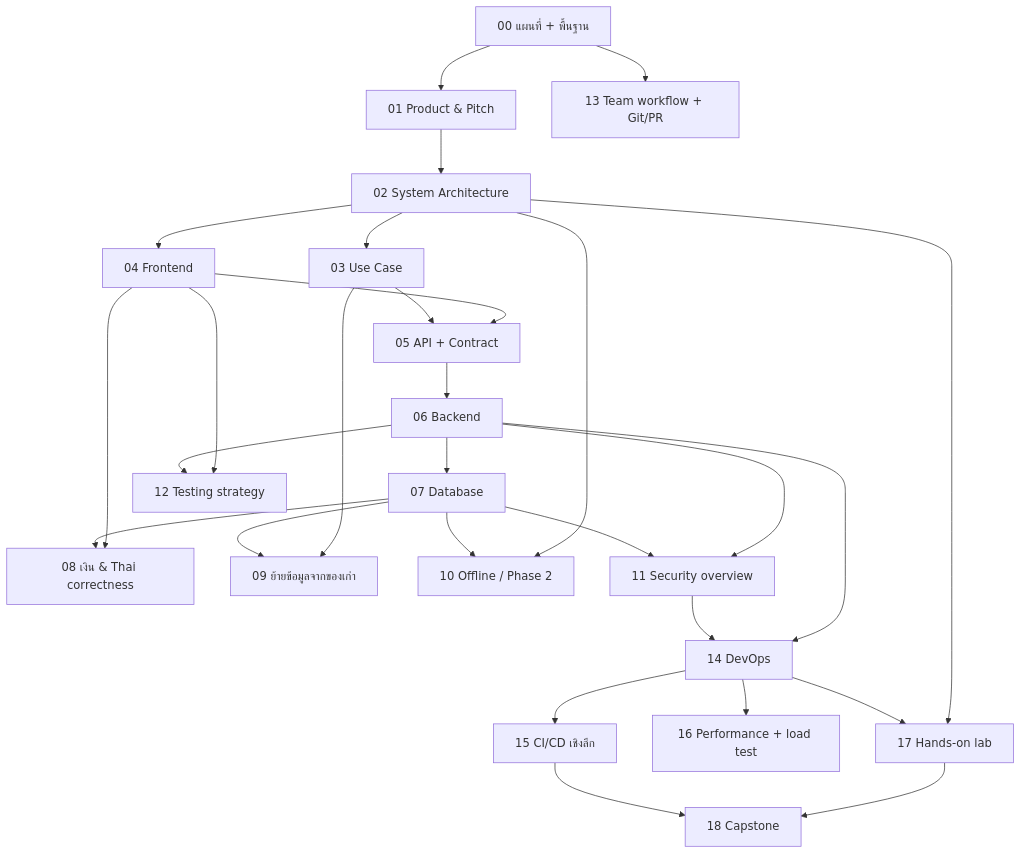
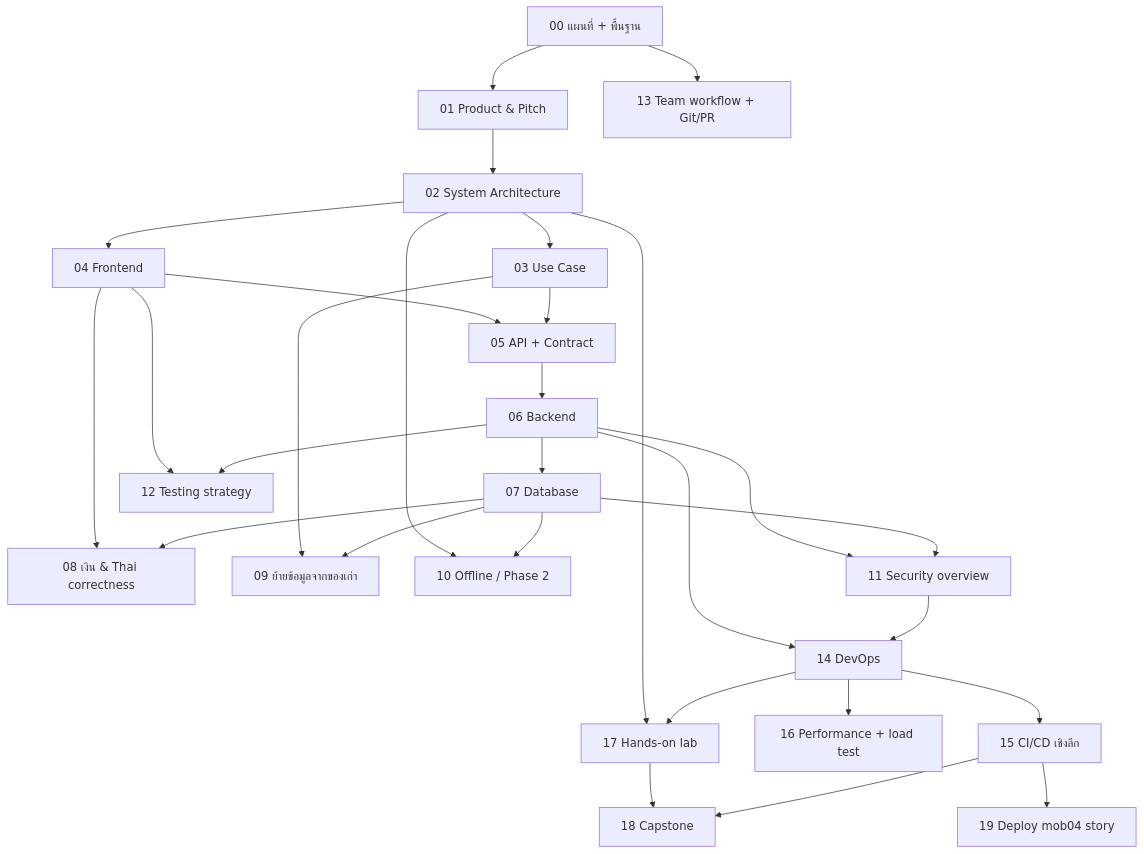
Before and after one commit to NuimanLP/srisurart-pos-flutter: the diagram in docs/study/00_index.md, drawn with Mermaid. The commit also changed other lines of this file and 1 other file, not shown here.

First line of the commit message:
docs(study): บท 19 — เรื่องเล่าการ deploy ขึ้น mob04 ทุกกระบวนท่า (#524)

````diff
--- a/docs/study/00_index.md
+++ b/docs/study/00_index.md
@@ -106,30 +108,31 @@
 ```mermaid
 flowchart TD
     A["00 แผนที่ + พื้นฐาน"] --> P["01 Product & Pitch"]
     P --> B["02 System Architecture"]
     B --> C["03 Use Case"]
     B --> D["04 Frontend"]
     D --> API["05 API + Contract"]
     C --> API
     API --> E["06 Backend"]
     E --> F["07 Database"]
     D --> MONEY["08 เงิน & Thai correctness"]
     F --> MONEY
     C --> MIG["09 ย้ายข้อมูลจากของเก่า"]
     F --> MIG
     B --> G["10 Offline / Phase 2"]
     F --> G
     E --> SEC["11 Security overview"]
     F --> SEC
     D --> TEST["12 Testing strategy"]
     E --> TEST
     A --> TEAM["13 Team workflow + Git/PR"]
     E --> H["14 DevOps"]
     SEC --> H
     H --> I["15 CI/CD เชิงลึก"]
     H --> PERF["16 Performance + load test"]
     B --> LAB["17 Hands-on lab"]
     H --> LAB
     LAB --> CAP["18 Capstone"]
     I --> CAP
+    I --> DEP["19 Deploy mob04 story"]
 ```
````
